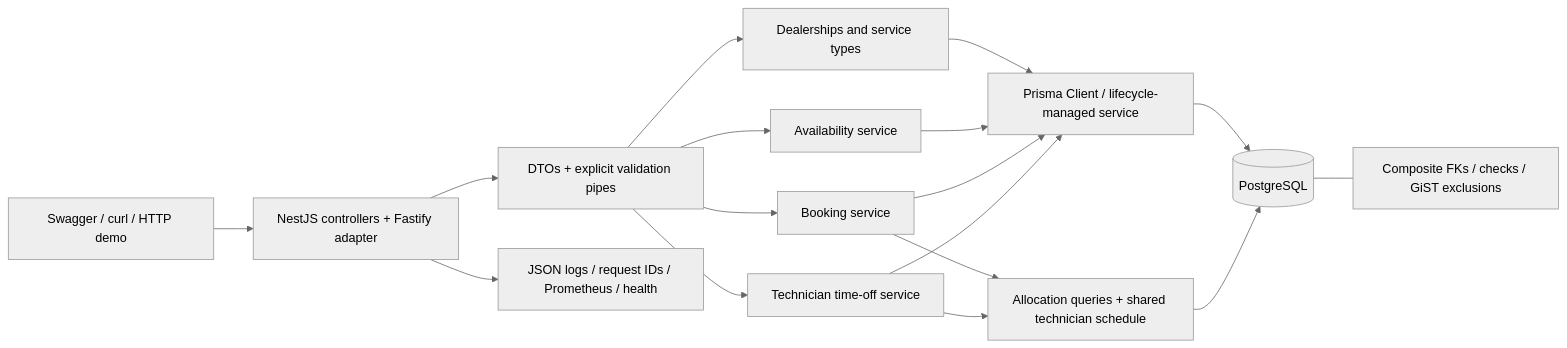
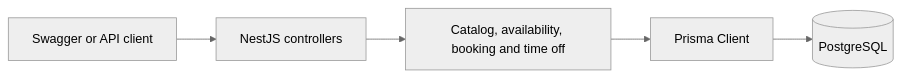
Before and after one commit to quanfoo/car_maintenance_scheduler: the diagram in docs/system-design.md, drawn with Mermaid (neutral theme). The commit also changed other lines of this file and 6 other files, not shown here.

````diff
--- a/docs/system-design.md
+++ b/docs/system-design.md
@@ -21,19 +7,7 @@
 ```mermaid
 flowchart LR
-  Client[Swagger / curl / HTTP demo] --> API[NestJS controllers + Fastify adapter]
-  API --> DTO[DTOs + explicit validation pipes]
-  DTO --> Catalog[Dealerships and service types]
-  DTO --> Availability[Availability service]
-  DTO --> Booking[Booking service]
-  DTO --> Leave[Technician time-off service]
-  Catalog --> Prisma[Prisma Client / lifecycle-managed service]
-  Availability --> Prisma
-  Booking --> Prisma
-  Leave --> Prisma
-  Booking --> Locks[Allocation queries + shared technician schedule]
-  Leave --> Locks
+  Client[Swagger or API client] --> API[NestJS controllers]
+  API --> Services[Catalog, availability, booking and time off]
+  Services --> Prisma[Prisma Client]
   Prisma --> DB[(PostgreSQL)]
-  Locks --> DB
-  DB --- Integrity[Composite FKs / checks / GiST exclusions]
-  API --> Ops[JSON logs / request IDs / Prometheus / health]
 ```
````
